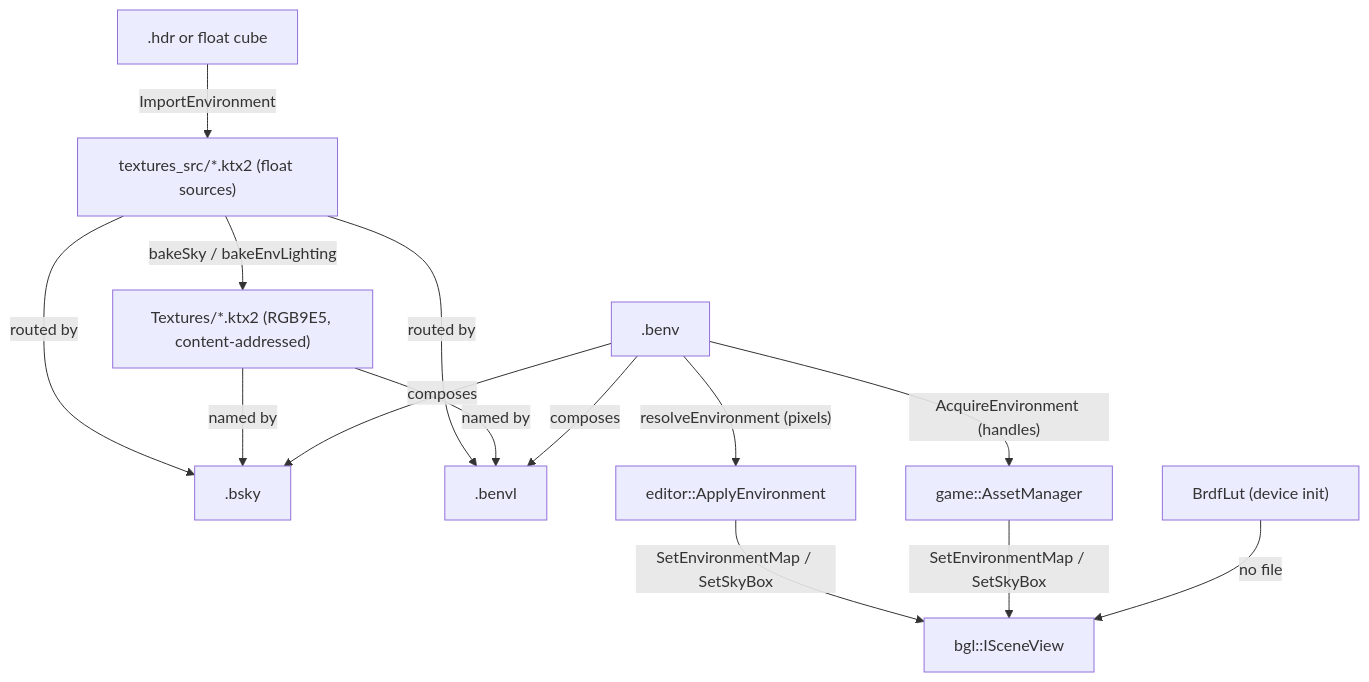
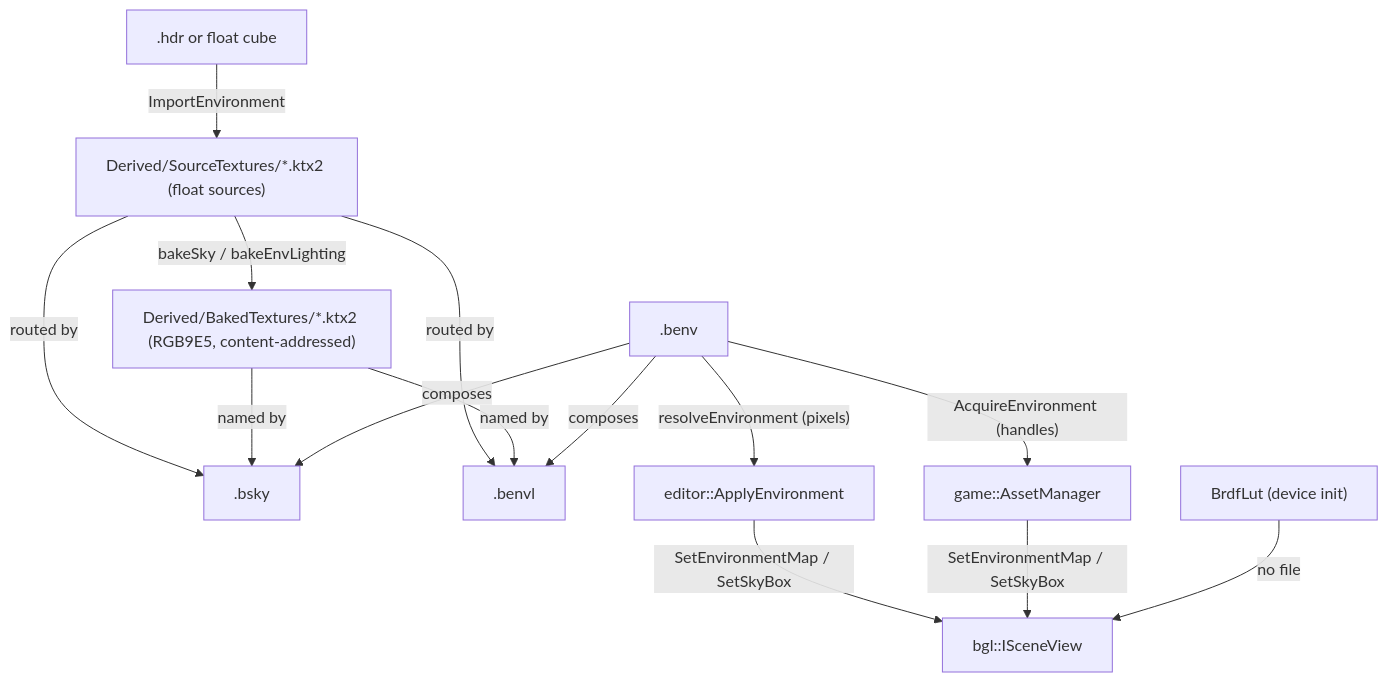
One commit to alexjiang200407/bernini changed the diagram in docs/envmaps.md. Above: the diagram before and after it, drawn with Mermaid. The commit also changed other lines of this file and 111 other files, not shown here.

````diff
--- a/docs/envmaps.md
+++ b/docs/envmaps.md
@@ -85,20 +85,20 @@
 ```mermaid
 flowchart TD
-    HDR[".hdr or float cube"] -- "ImportEnvironment" --> SRC["textures_src/*.ktx2 (float sources)"]
-    SRC -- "bakeSky / bakeEnvLighting" --> BAKED["Textures/*.ktx2 (RGB9E5, content-addressed)"]
+    HDR[".hdr or float cube"] -- "ImportEnvironment" --> SRC["Derived/SourceTextures/*.ktx2 (float sources)"]
+    SRC -- "bakeSky / bakeEnvLighting" --> BAKED["Derived/BakedTextures/*.ktx2 (RGB9E5, content-addressed)"]
 
     SRC -- "routed by" --> BSKY[".bsky"]
     SRC -- "routed by" --> BENVL[".benvl"]
     BAKED -- "named by" --> BSKY
     BAKED -- "named by" --> BENVL
 
     BENV[".benv"] -- "composes" --> BSKY
     BENV -- "composes" --> BENVL
 
     BENV -- "resolveEnvironment (pixels)" --> EDITOR["editor::ApplyEnvironment"]
     BENV -- "AcquireEnvironment (handles)" --> GAME["game::AssetManager"]
 
     EDITOR -- "SetEnvironmentMap / SetSkyBox" --> VIEW["bgl::ISceneView"]
     GAME -- "SetEnvironmentMap / SetSkyBox" --> VIEW
     LUT["BrdfLut (device init)"] -- "no file" --> VIEW
 ```
````
